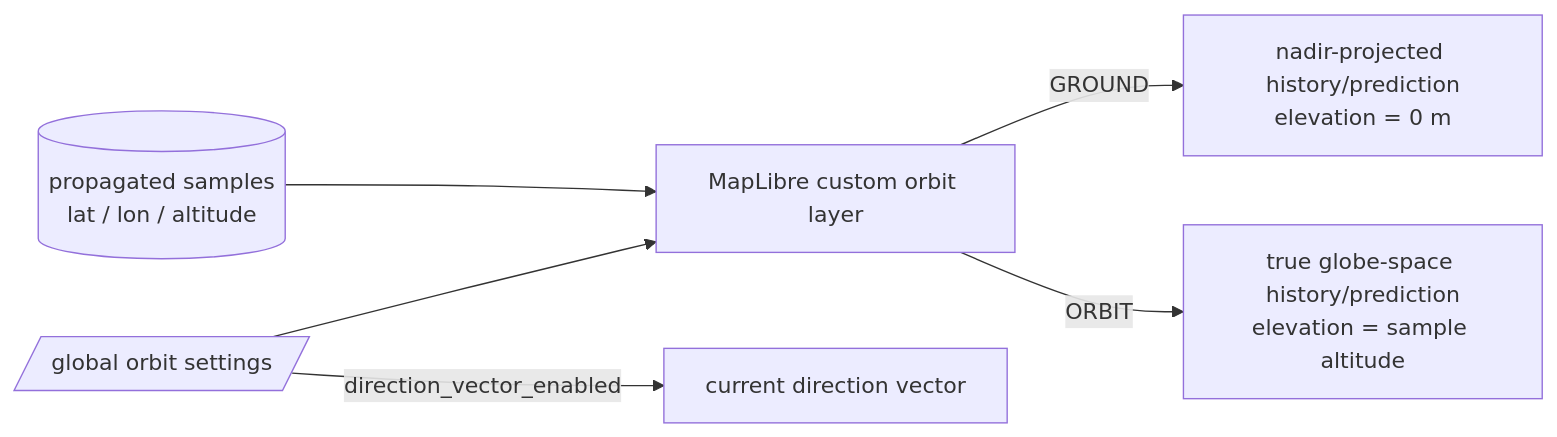
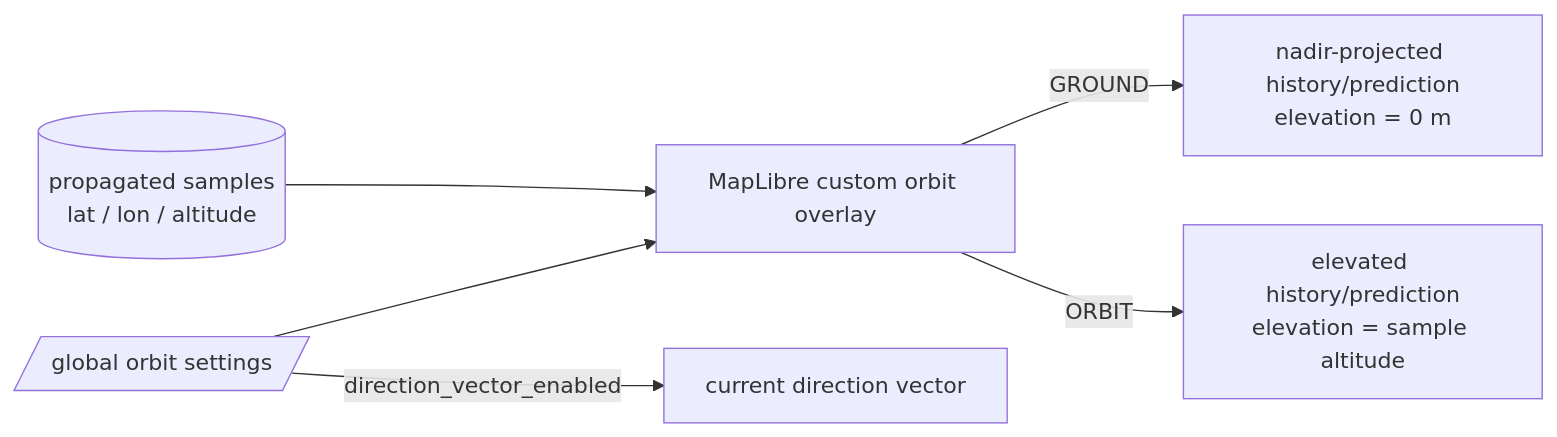
Before and after one commit to ExoSpaceLabs/world-sat-monitor: the first of 3 diagrams in docs/orbit-display.md, drawn with Mermaid. The commit also changed other lines of this file, not shown here.

Commit message:
docs(world-sat-monitor): document elevated orbit overlay projection

````diff
--- a/docs/orbit-display.md
+++ b/docs/orbit-display.md
@@ -7,8 +7,8 @@
 ```mermaid
 flowchart LR
-    S[(propagated samples<br/>lat / lon / altitude)] --> R[MapLibre custom orbit layer]
+    S[(propagated samples<br/>lat / lon / altitude)] --> R[MapLibre custom orbit overlay]
     C[/global orbit settings/] --> R
     R -->|GROUND| G[nadir-projected history/prediction<br/>elevation = 0 m]
-    R -->|ORBIT| O[true globe-space history/prediction<br/>elevation = sample altitude]
+    R -->|ORBIT| O[elevated history/prediction<br/>elevation = sample altitude]
     C -->|direction_vector_enabled| D[current direction vector]
 ```
````
